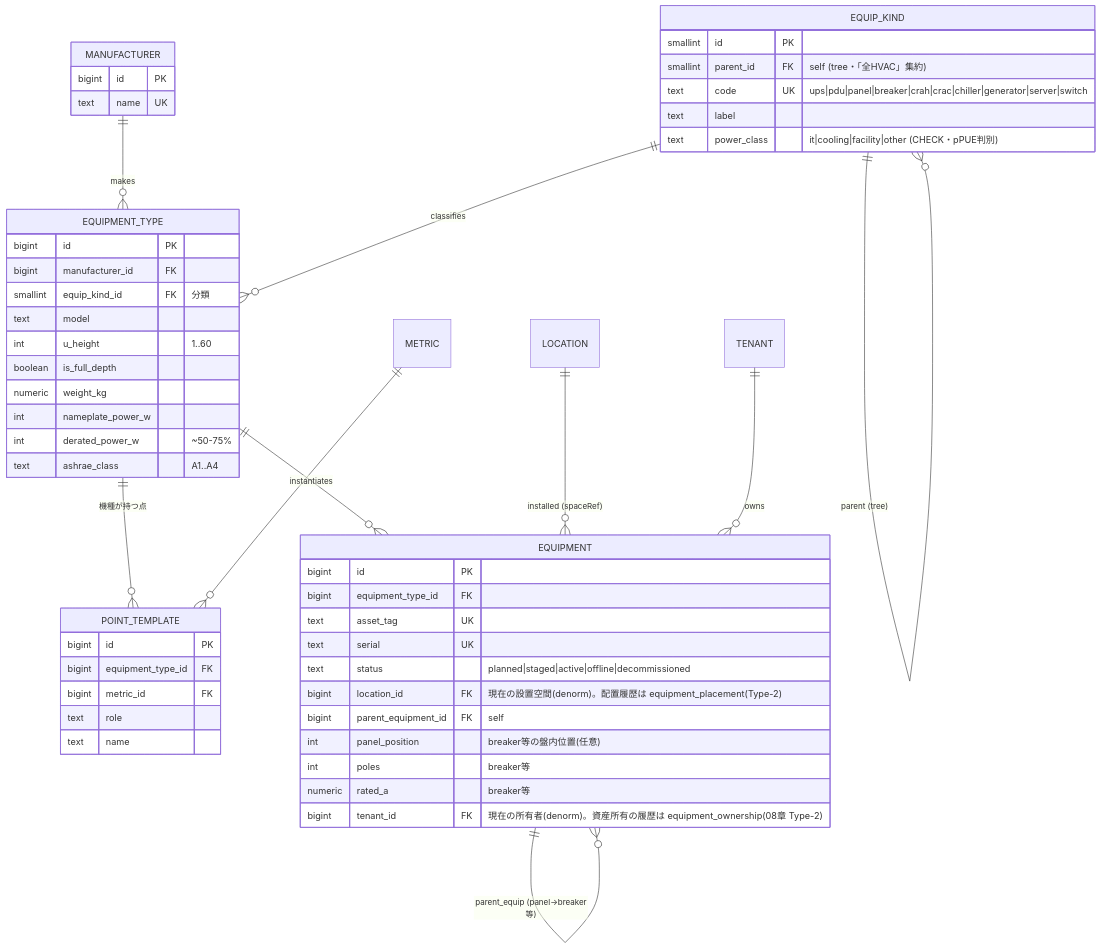
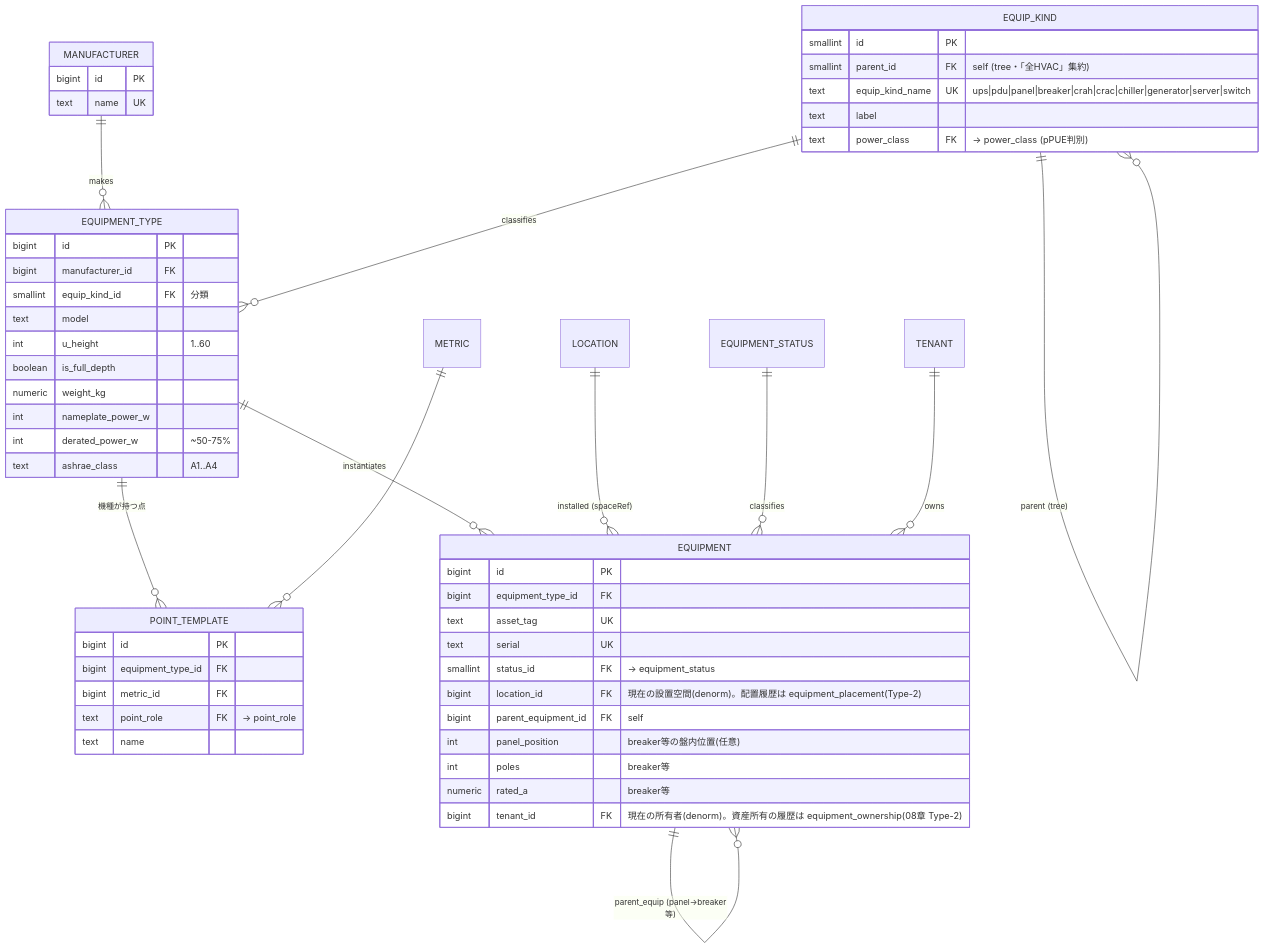
The third of 11 diagrams in 03-finalists.md (hn-11/dcim-schema-design), drawn with Mermaid before and after one commit. The commit also changed other lines of this file and 8 other files, not shown here.

First line of the commit message:
refactor(schema): 論理グルーピング追加 + 型制約全面改訂 + 構造リファクタ

````diff
--- a/03-finalists.md
+++ b/03-finalists.md
@@ -185,56 +198,57 @@
 ```mermaid
 erDiagram
     EQUIP_KIND ||--o{ EQUIP_KIND : "parent (tree)"
     MANUFACTURER ||--o{ EQUIPMENT_TYPE : makes
     EQUIP_KIND ||--o{ EQUIPMENT_TYPE : classifies
     EQUIPMENT_TYPE ||--o{ POINT_TEMPLATE : "機種が持つ点"
     EQUIPMENT_TYPE ||--o{ EQUIPMENT : instantiates
     METRIC ||--o{ POINT_TEMPLATE : ""
     LOCATION ||--o{ EQUIPMENT : "installed (spaceRef)"
     EQUIPMENT ||--o{ EQUIPMENT : "parent_equip (panel→breaker等)"
+    EQUIPMENT_STATUS ||--o{ EQUIPMENT : classifies
     TENANT ||--o{ EQUIPMENT : owns
 
     EQUIP_KIND {
         smallint id PK
         smallint parent_id FK "self (tree・「全HVAC」集約)"
-        text code UK "ups|pdu|panel|breaker|crah|crac|chiller|generator|server|switch"
+        text equip_kind_name UK "ups|pdu|panel|breaker|crah|crac|chiller|generator|server|switch"
         text label
-        text power_class "it|cooling|facility|other (CHECK・pPUE判別)"
+        text power_class FK "→ power_class (pPUE判別)"
     }
     MANUFACTURER {
         bigint id PK
         text name UK
     }
     EQUIPMENT_TYPE {
         bigint id PK
         bigint manufacturer_id FK
         smallint equip_kind_id FK "分類"
         text model
         int u_height "1..60"
         boolean is_full_depth
         numeric weight_kg
         int nameplate_power_w
         int derated_power_w "~50-75%"
         text ashrae_class "A1..A4"
     }
     POINT_TEMPLATE {
         bigint id PK
         bigint equipment_type_id FK
         bigint metric_id FK
-        text role
+        text point_role FK "→ point_role"
         text name
     }
     EQUIPMENT {
         bigint id PK
         bigint equipment_type_id FK
         text asset_tag UK
         text serial UK
-        text status "planned|staged|active|offline|decommissioned"
+        smallint status_id FK "→ equipment_status"
         bigint location_id FK "現在の設置空間(denorm)。配置履歴は equipment_placement(Type-2)"
         bigint parent_equipment_id FK "self"
         int panel_position "breaker等の盤内位置(任意)"
         int poles "breaker等"
         numeric rated_a "breaker等"
         bigint tenant_id FK "現在の所有者(denorm)。資産所有の履歴は equipment_ownership(08章 Type-2)"
     }
 ```
````
